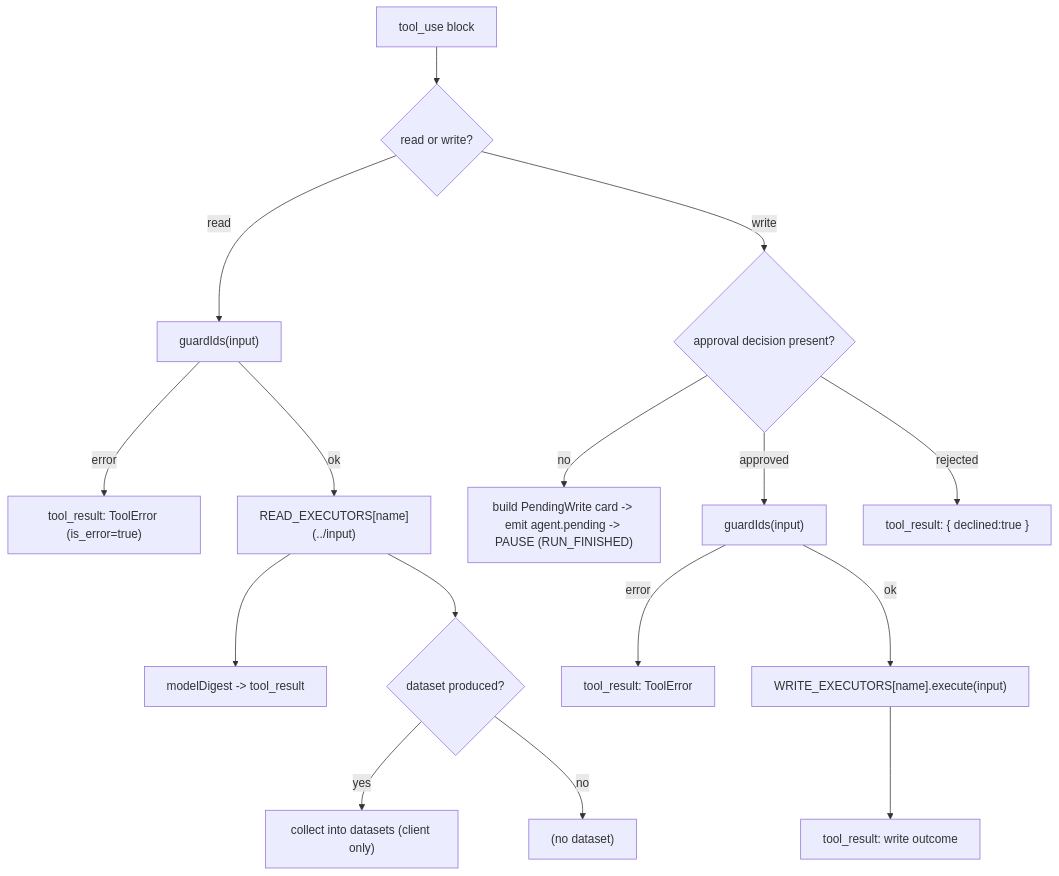
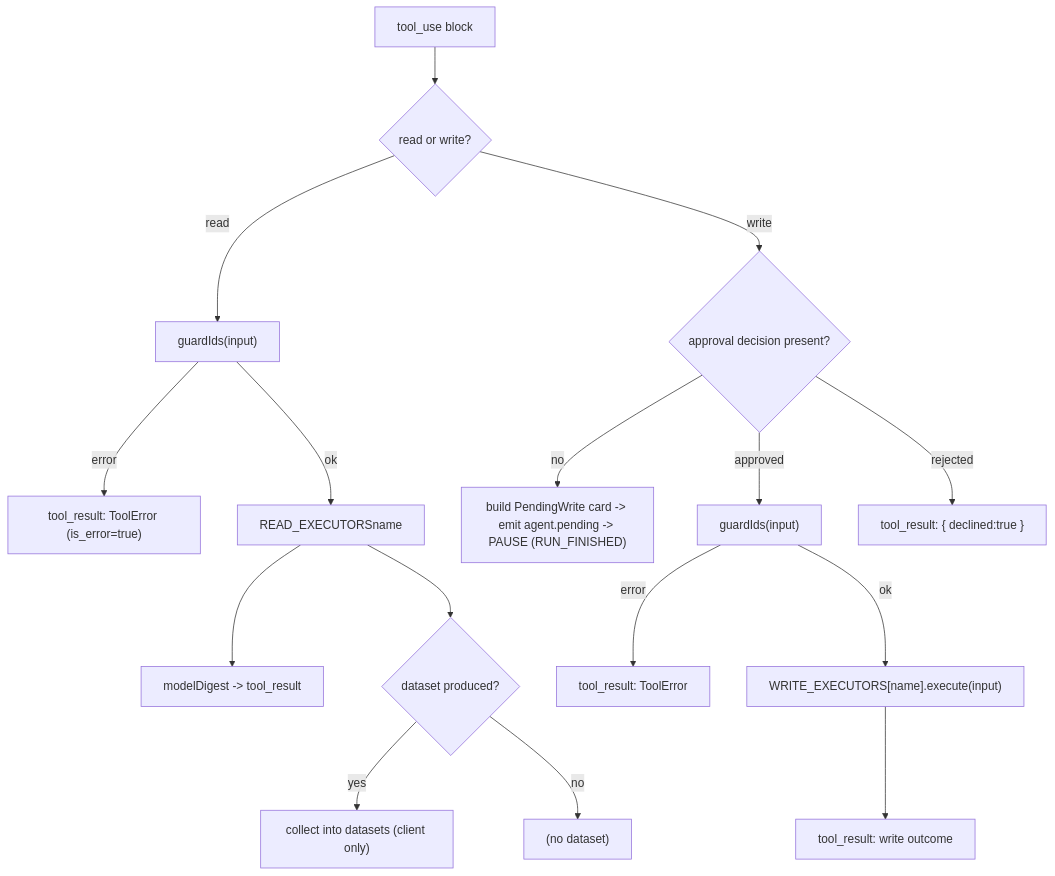
The first of 2 diagrams in docs/records/TECHNICAL.md (i-adnanali/dairy-360), drawn with Mermaid before and after one commit. The commit also changed 1398 other files, not shown here.

````diff
--- a/docs/records/TECHNICAL.md
+++ b/docs/records/TECHNICAL.md
@@ -78,20 +78,20 @@
 ```mermaid
 flowchart TD
     TU["tool_use block"] --> Kind{"read or write?"}
 
     Kind -- "read" --> GR["guardIds(input)"]
     GR -- "error" --> RErr["tool_result: ToolError (is_error=true)"]
-    GR -- "ok" --> Exec["READ_EXECUTORS[name](../input)"]
+    GR -- "ok" --> Exec["READ_EXECUTORSname"]
     Exec --> Dig["modelDigest -> tool_result"]
     Exec --> DS{"dataset produced?"}
     DS -- "yes" --> Coll["collect into datasets (client only)"]
     DS -- "no" --> Skip["(no dataset)"]
 
     Kind -- "write" --> Dec{"approval decision present?"}
     Dec -- "no" --> Card["build PendingWrite card -> emit agent.pending -> PAUSE (RUN_FINISHED)"]
     Dec -- "approved" --> GW["guardIds(input)"]
     GW -- "error" --> WErr["tool_result: ToolError"]
     GW -- "ok" --> WExec["WRITE_EXECUTORS[name].execute(input)"]
     WExec --> WRes["tool_result: write outcome"]
     Dec -- "rejected" --> Declined["tool_result: { declined:true }"]
 ```
````
